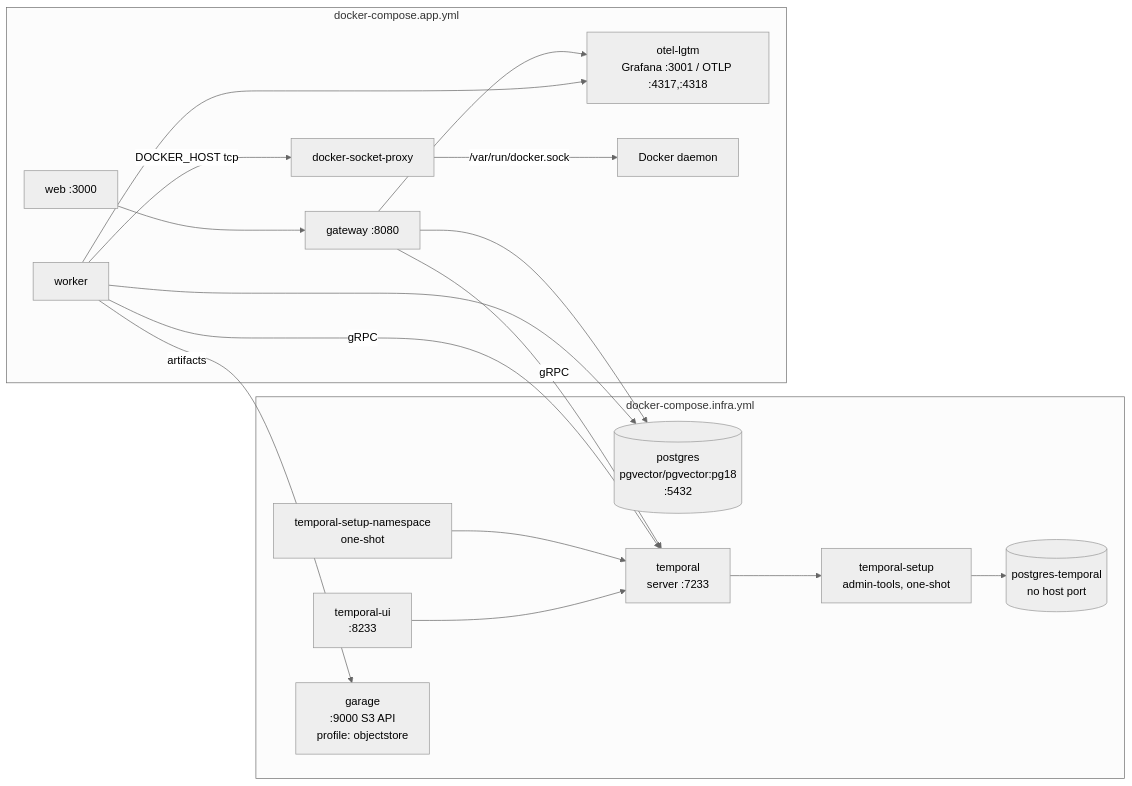
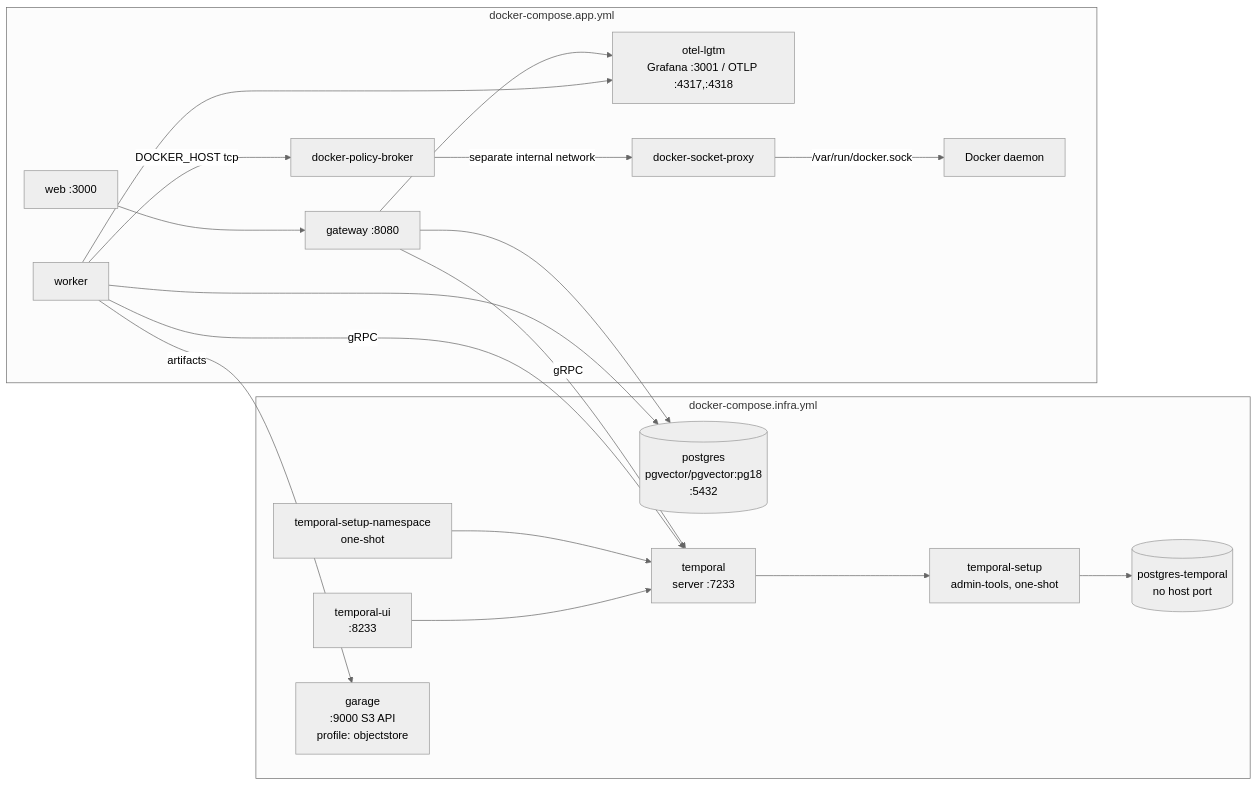
One commit to yorch/auto-swe changed the sixth of 6 diagrams in docs/architecture.md. Above: the diagram before and after it, drawn with Mermaid (neutral theme). The commit also changed other lines of this file and 49 other files, not shown here.

````diff
--- a/docs/architecture.md
+++ b/docs/architecture.md
@@ -1026,33 +1026,34 @@
 ```mermaid
 flowchart LR
     subgraph docker-compose.infra.yml
         PG[(postgres\npgvector/pgvector:pg18\n:5432)]
         PGTMP[(postgres-temporal\nno host port)]
         TMPSETUP[temporal-setup\nadmin-tools, one-shot]
         TMP[temporal\nserver :7233]
         TMPNS[temporal-setup-namespace\none-shot]
         TMPUI[temporal-ui\n:8233]
         GARAGE[garage\n:9000 S3 API\nprofile: objectstore]
         TMPSETUP --> PGTMP
         TMP --> TMPSETUP
         TMPNS --> TMP
         TMPUI --> TMP
     end
 
     subgraph docker-compose.app.yml
         GW2[gateway :8080]
         WK2[worker]
         WEB2[web :3000]
         OTEL[otel-lgtm\nGrafana :3001 / OTLP :4317,:4318]
         GW2 --> PG
         WK2 --> PG
         GW2 -->|gRPC| TMP
         WK2 -->|gRPC| TMP
         WK2 -->|artifacts| GARAGE
-        WK2 -->|DOCKER_HOST tcp| DSP[docker-socket-proxy]
+        WK2 -->|DOCKER_HOST tcp| DBR[docker-policy-broker]
+        DBR -->|separate internal network| DSP[docker-socket-proxy]
         DSP -->|/var/run/docker.sock| HOST[Docker daemon]
         GW2 --> OTEL
         WK2 --> OTEL
         WEB2 --> GW2
     end
 ```
````
